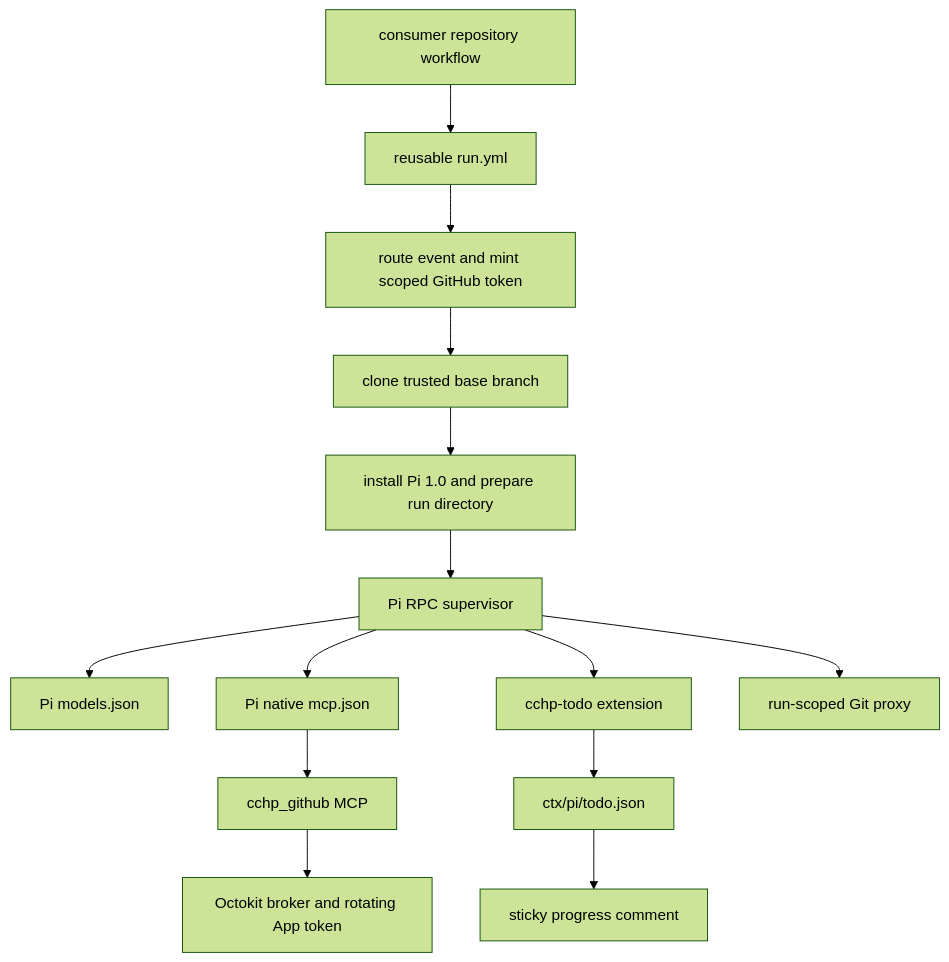
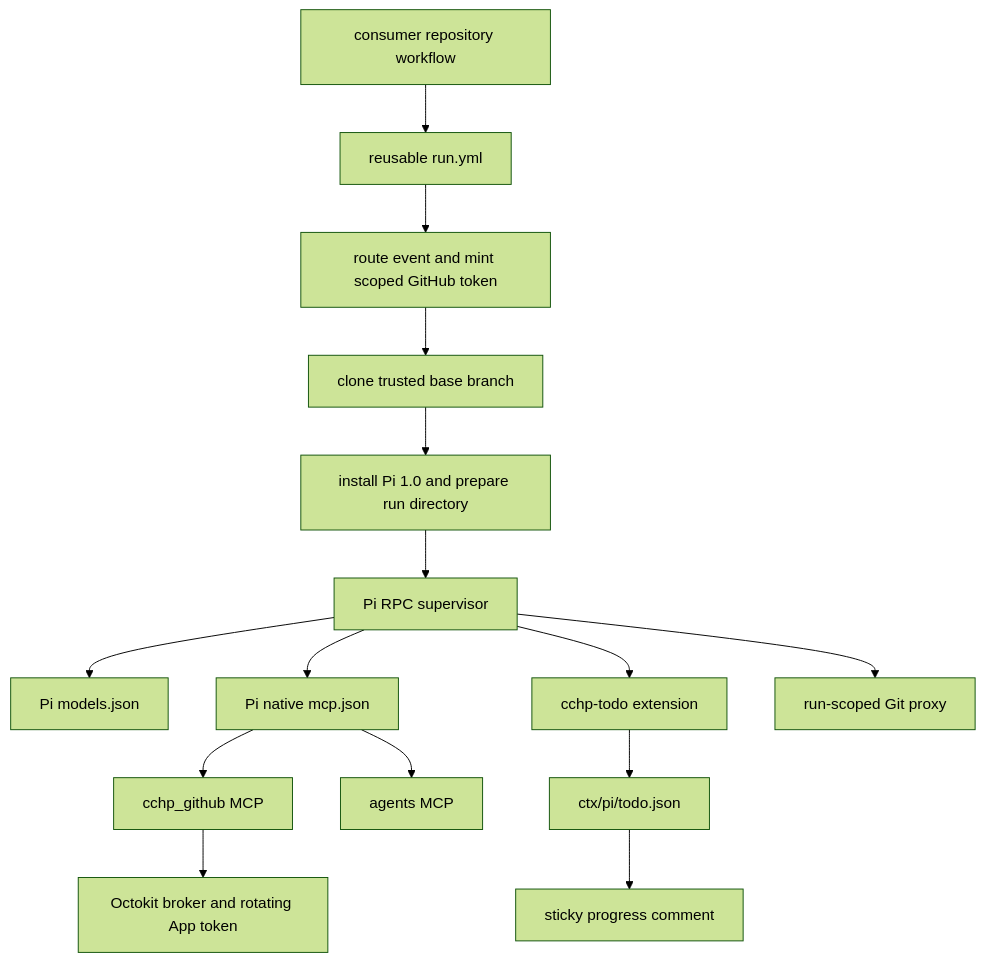
The diagram in docs/ci/pi-agent-toolchain.md (CCH-HQ/cchp-automation), drawn with Mermaid (forest theme) before and after one commit. The commit also changed other lines of this file and 16 other files, not shown here.

First line of the commit message:
feat(pi): add agents MCP for child review and verification passes

````diff
--- a/docs/ci/pi-agent-toolchain.md
+++ b/docs/ci/pi-agent-toolchain.md
@@ -5,16 +5,17 @@
 ```mermaid
 flowchart TD
   A[consumer repository workflow] --> B[reusable run.yml]
   B --> C[route event and mint scoped GitHub token]
   C --> D[clone trusted base branch]
   D --> E[install Pi 1.0 and prepare run directory]
   E --> F[Pi RPC supervisor]
   F --> G[Pi models.json]
   F --> H[Pi native mcp.json]
   H --> I[cchp_github MCP]
-  I --> J[Octokit broker and rotating App token]
-  F --> K[cchp-todo extension]
-  K --> L[ctx/pi/todo.json]
-  L --> M[sticky progress comment]
-  F --> N[run-scoped Git proxy]
+  H --> J[agents MCP]
+  I --> K[Octokit broker and rotating App token]
+  F --> L[cchp-todo extension]
+  L --> M[ctx/pi/todo.json]
+  M --> N[sticky progress comment]
+  F --> O[run-scoped Git proxy]
 ```
````
